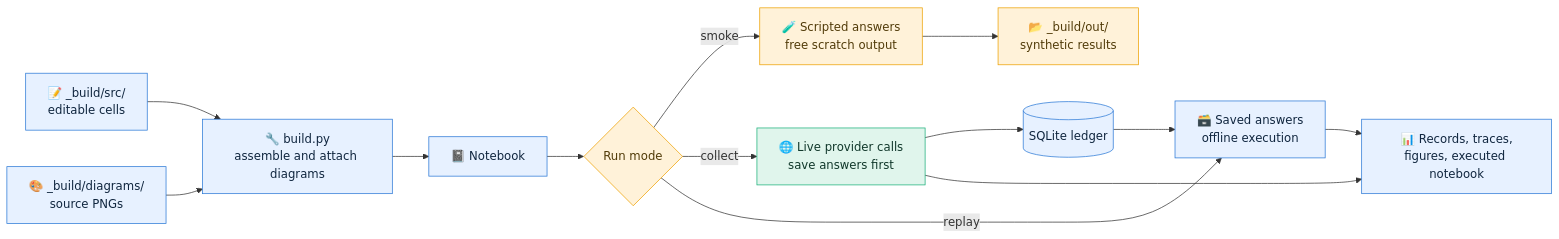
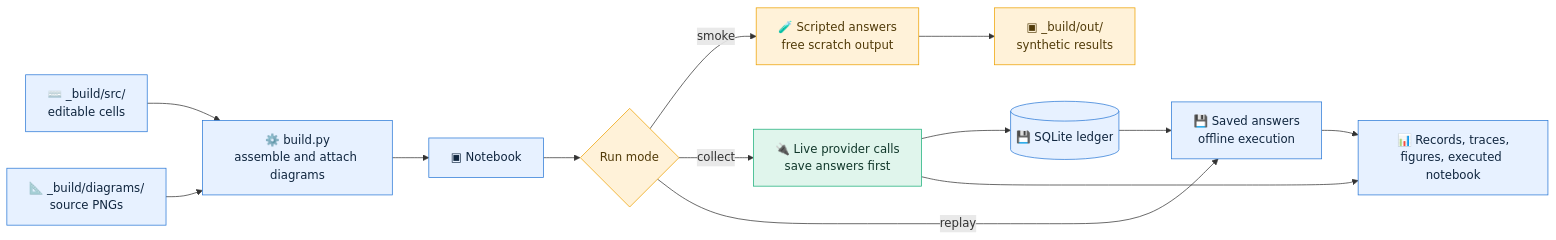
The second of 2 diagrams in README.md (FareedKhan-dev/dynamic-workflow-agents), drawn with Mermaid before and after one commit. The commit also changed other lines of this file, not shown here.

````diff
--- a/README.md
+++ b/README.md
@@ -64,21 +64,21 @@
 ```mermaid
 flowchart LR
-    S["📝 _build/src/<br/>editable cells"] --> A["🔧 build.py<br/>assemble and attach diagrams"]
-    G["🎨 _build/diagrams/<br/>source PNGs"] --> A
-    A --> N["📓 Notebook"]
+    S["⌨️ _build/src/<br/>editable cells"] --> A["⚙️ build.py<br/>assemble and attach diagrams"]
+    G["📐 _build/diagrams/<br/>source PNGs"] --> A
+    A --> N["▣ Notebook"]
     N --> M{"Run mode"}
     M -->|smoke| F["🧪 Scripted answers<br/>free scratch output"]
-    M -->|collect| P["🌐 Live provider calls<br/>save answers first"]
-    M -->|replay| L["🗃️ Saved answers<br/>offline execution"]
-    P --> D[("SQLite ledger")]
+    M -->|collect| P["🔌 Live provider calls<br/>save answers first"]
+    M -->|replay| L["💾 Saved answers<br/>offline execution"]
+    P --> D[("💾 SQLite ledger")]
     D --> L
     P --> E["📊 Records, traces,<br/>figures, executed notebook"]
     L --> E
-    F --> X["📂 _build/out/<br/>synthetic results"]
+    F --> X["▣ _build/out/<br/>synthetic results"]
     classDef source fill:#e7f1ff,stroke:#2a78d6,color:#10263f;
     classDef result fill:#e0f5ec,stroke:#1baf7a,color:#11382b;
     classDef caution fill:#fff2d9,stroke:#eda100,color:#513b09;
     class S,G,A,N,D,L,E source;
     class P result;
     class M,F,X caution;
 ```
````
